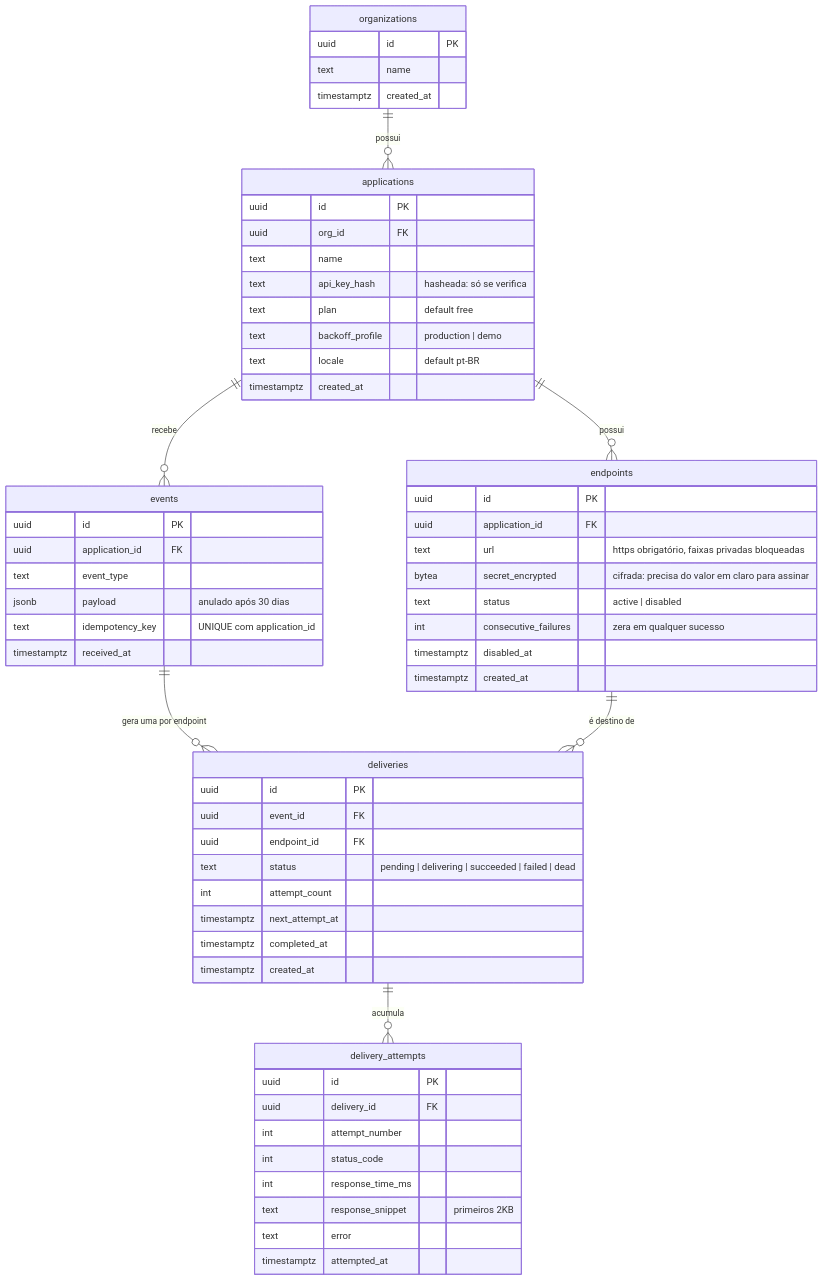
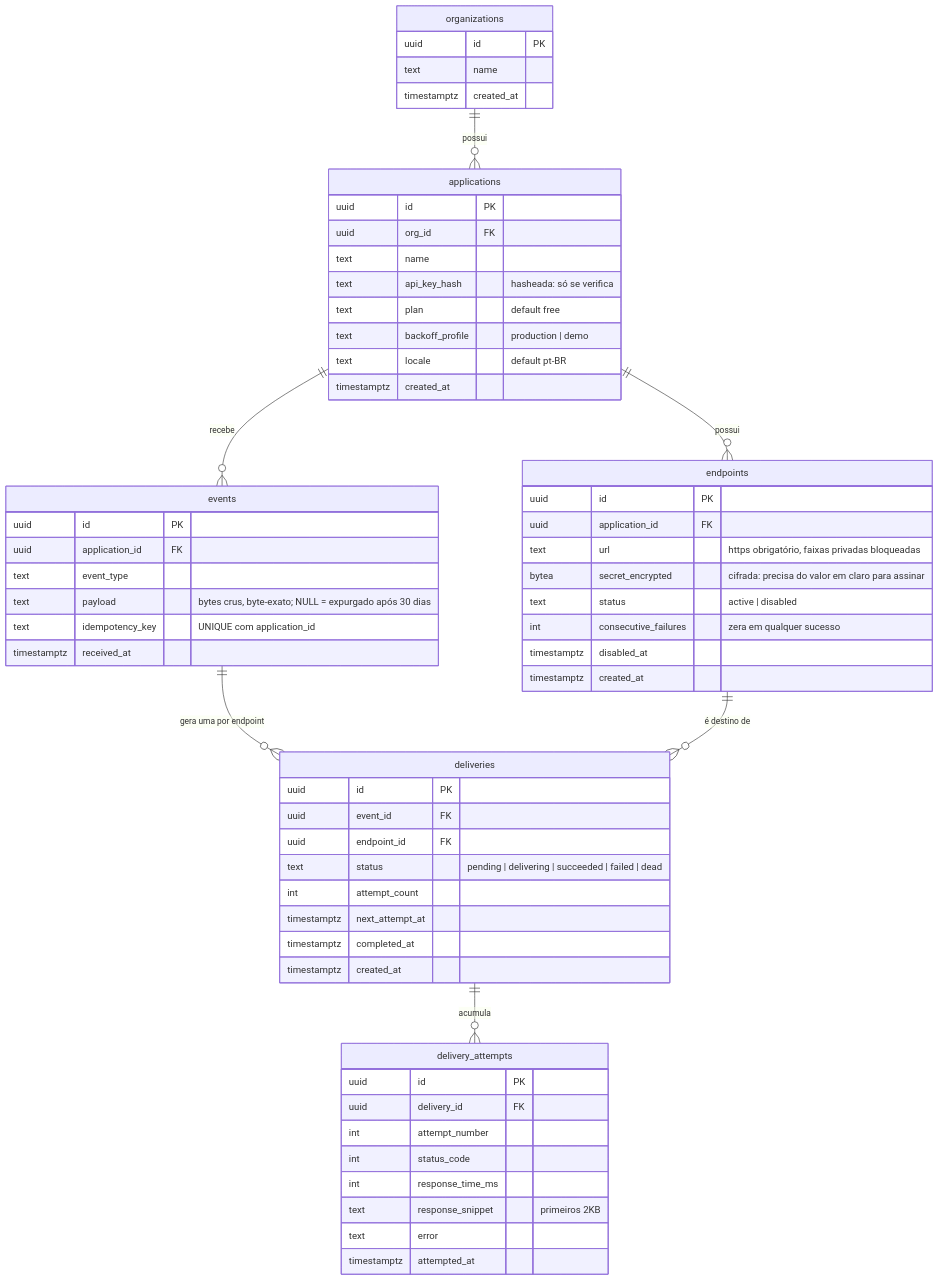
Before and after one commit to victorzix/vhook: the diagram in docs/diagrams/data-model.md, drawn with Mermaid. The commit also changed other lines of this file and 6 other files, not shown here.

````diff
--- a/docs/diagrams/data-model.md
+++ b/docs/diagrams/data-model.md
@@ -5,68 +5,68 @@
 ```mermaid
 erDiagram
     organizations   ||--o{ applications      : "possui"
     applications    ||--o{ endpoints         : "possui"
     applications    ||--o{ events            : "recebe"
     events          ||--o{ deliveries        : "gera uma por endpoint"
     endpoints       ||--o{ deliveries        : "é destino de"
     deliveries      ||--o{ delivery_attempts : "acumula"
 
     organizations {
         uuid id PK
         text name
         timestamptz created_at
     }
 
     applications {
         uuid id PK
         uuid org_id FK
         text name
         text api_key_hash "hasheada: só se verifica"
         text plan "default free"
         text backoff_profile "production | demo"
         text locale "default pt-BR"
         timestamptz created_at
     }
 
     endpoints {
         uuid id PK
         uuid application_id FK
         text url "https obrigatório, faixas privadas bloqueadas"
         bytea secret_encrypted "cifrada: precisa do valor em claro para assinar"
         text status "active | disabled"
         int consecutive_failures "zera em qualquer sucesso"
         timestamptz disabled_at
         timestamptz created_at
     }
 
     events {
         uuid id PK
         uuid application_id FK
         text event_type
-        jsonb payload "anulado após 30 dias"
+        text payload "bytes crus, byte-exato; NULL = expurgado após 30 dias"
         text idempotency_key "UNIQUE com application_id"
         timestamptz received_at
     }
 
     deliveries {
         uuid id PK
         uuid event_id FK
         uuid endpoint_id FK
         text status "pending | delivering | succeeded | failed | dead"
         int attempt_count
         timestamptz next_attempt_at
         timestamptz completed_at
         timestamptz created_at
     }
 
     delivery_attempts {
         uuid id PK
         uuid delivery_id FK
         int attempt_number
         int status_code
         int response_time_ms
         text response_snippet "primeiros 2KB"
         text error
         timestamptz attempted_at
     }
 ```
````
